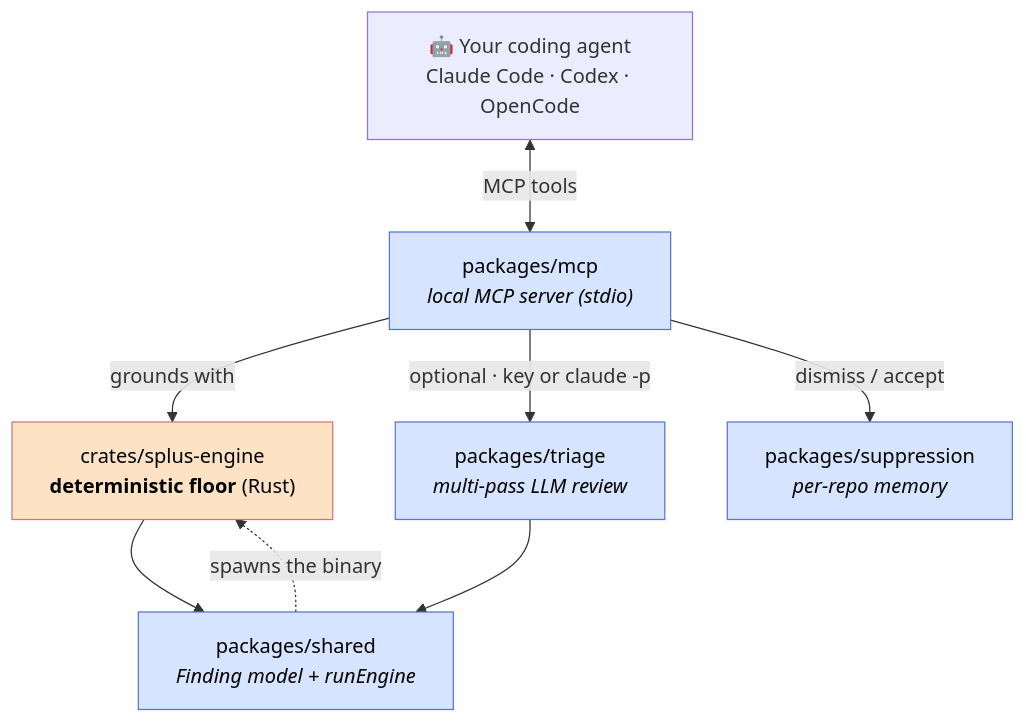
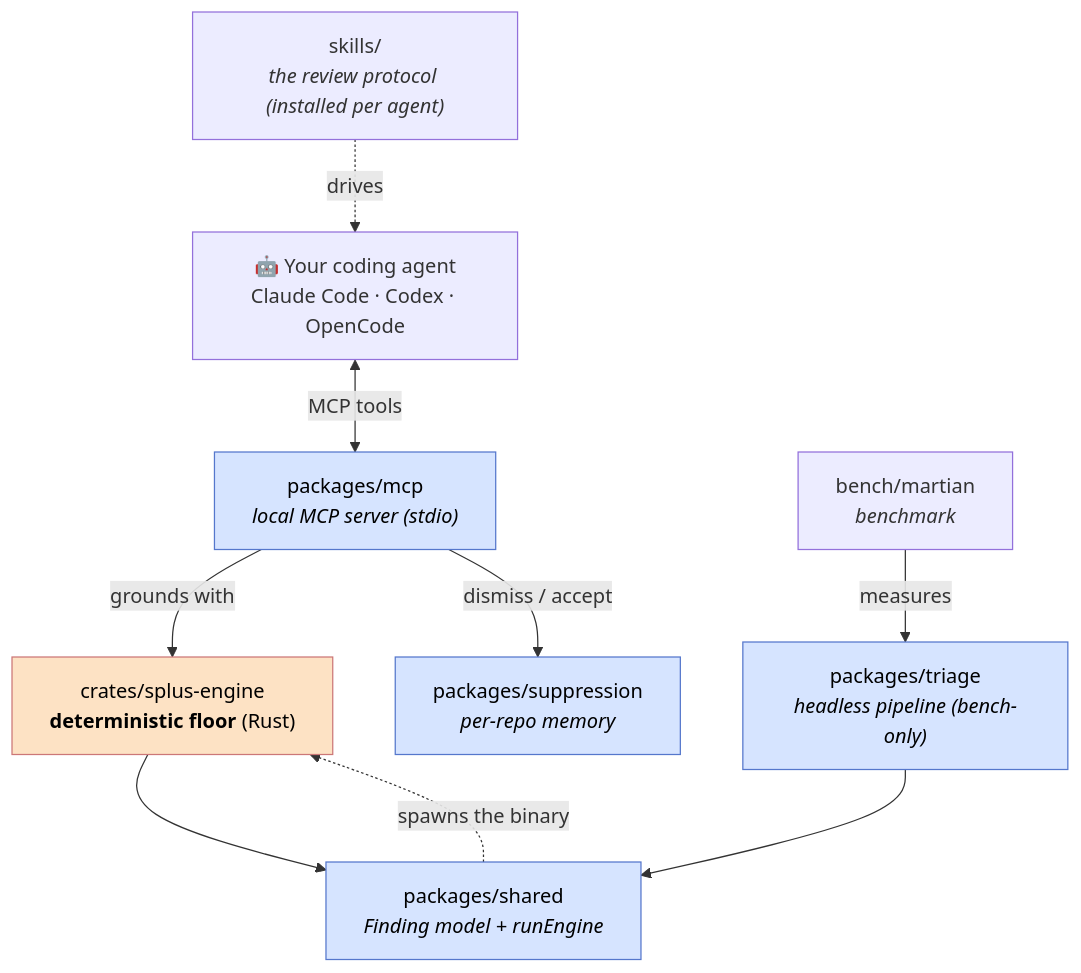
Before and after one commit to kiwi-init/splus: the first of 4 diagrams in docs/ARCHITECTURE.md, drawn with Mermaid. The commit also changed other lines of this file and 7 other files, not shown here.

First line of the commit message:
docs: AGENTS.md + CLAUDE.md, greenrun gate in SPLUS.md, skills-first docs refresh

````diff
--- a/docs/ARCHITECTURE.md
+++ b/docs/ARCHITECTURE.md
@@ -8,22 +8,25 @@
 ```mermaid
 flowchart TB
     agent["🤖 Your coding agent<br/>Claude Code · Codex · OpenCode"]
+    skills["skills/<br/><i>the review protocol (installed per agent)</i>"]
     mcp["packages/mcp<br/><i>local MCP server (stdio)</i>"]
     engine["crates/splus-engine<br/><b>deterministic floor</b> (Rust)"]
-    triage["packages/triage<br/><i>multi-pass LLM review</i>"]
+    bench["bench/martian<br/><i>benchmark</i>"]
+    triage["packages/triage<br/><i>headless pipeline (bench-only)</i>"]
     supp["packages/suppression<br/><i>per-repo memory</i>"]
     shared["packages/shared<br/><i>Finding model + runEngine</i>"]
 
+    skills -.->|drives| agent
     agent <-->|MCP tools| mcp
     mcp -->|grounds with| engine
-    mcp -->|optional · key or claude -p| triage
     mcp -->|dismiss / accept| supp
+    bench -->|measures| triage
     engine --> shared
     triage --> shared
     shared -.->|spawns the binary| engine
 
     classDef rust fill:#fde2c4,stroke:#c77,color:#000
     classDef ts fill:#d6e4ff,stroke:#57c,color:#000
     class engine rust
     class mcp,triage,supp,shared ts
 ```
````
